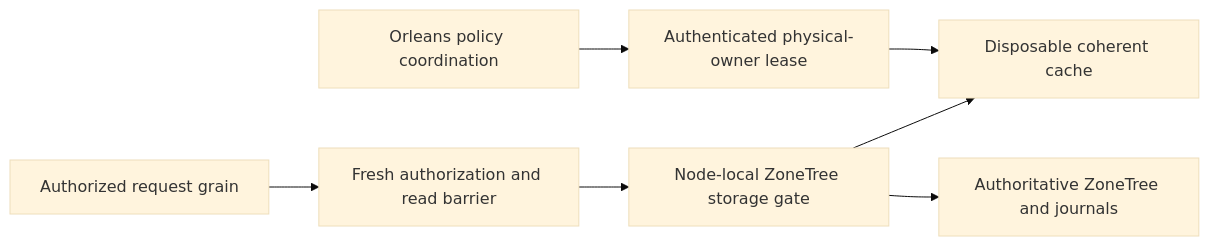
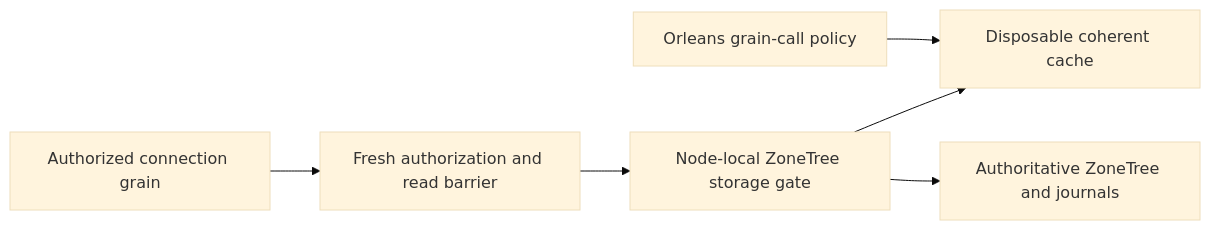
Before and after one commit to managedcode/KeyLoad: the diagram in docs/ADR/ADR-058-orleans-coordinated-cache-memory.md, drawn with Mermaid (base theme). The commit also changed other lines of this file and 7356 other files, not shown here.

````diff
--- a/docs/ADR/ADR-058-orleans-coordinated-cache-memory.md
+++ b/docs/ADR/ADR-058-orleans-coordinated-cache-memory.md
@@ -12,9 +12,8 @@
 ```mermaid
 flowchart LR
-    Request[Authorized request grain] --> Barrier[Fresh authorization and read barrier]
+    Request[Authorized connection grain] --> Barrier[Fresh authorization and read barrier]
     Barrier --> Store[Node-local ZoneTree storage gate]
     Store --> Cache[Disposable coherent cache]
     Store --> Tree[Authoritative ZoneTree and journals]
-    Coordinator[Orleans policy coordination] --> Lease[Authenticated physical-owner lease]
-    Lease --> Cache
+    Coordinator[Orleans grain-call policy] --> Cache
 ```
````
